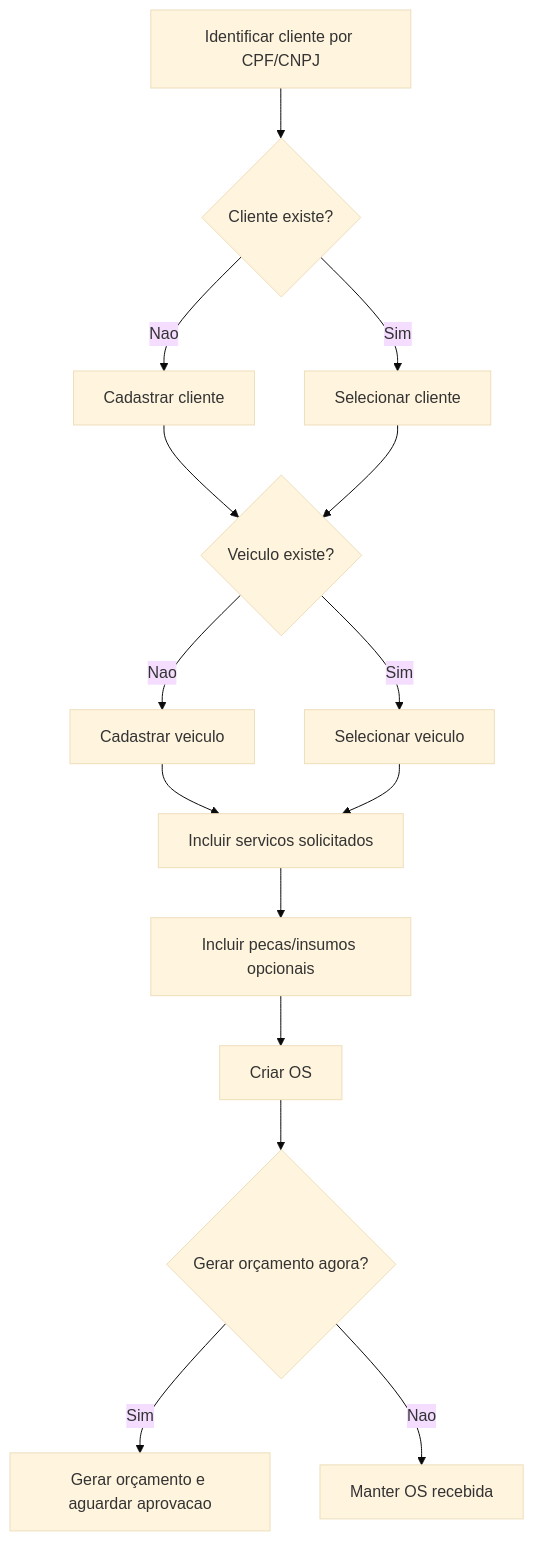
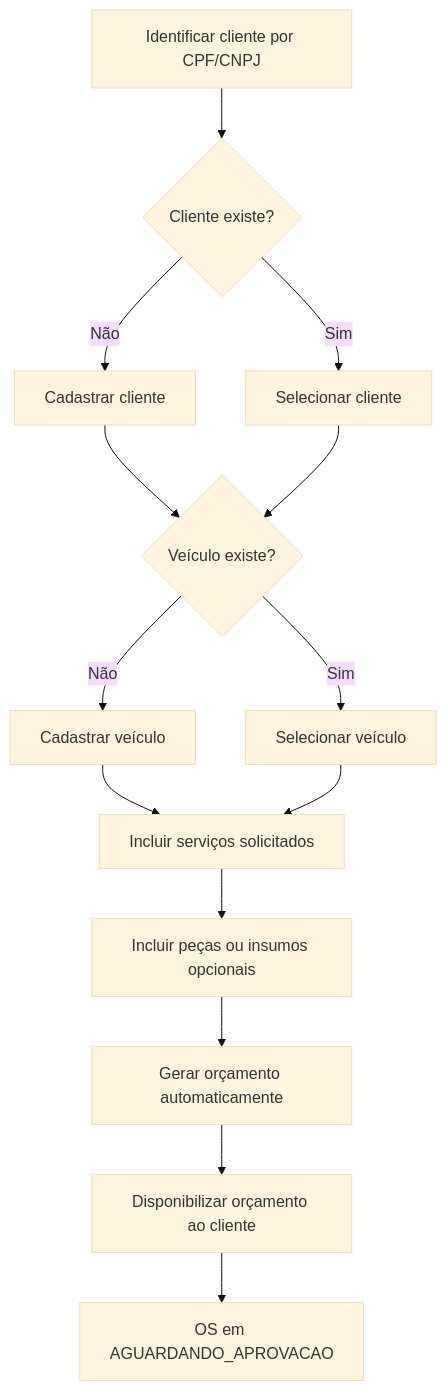
Before and after one commit to yxsbx/SOAT-FIAP: the first of 3 diagrams in docs/ddd/README.md, drawn with Mermaid (base theme). The commit also changed other lines of this file and 45 other files, not shown here.

````diff
--- a/docs/ddd/README.md
+++ b/docs/ddd/README.md
@@ -262,17 +172,16 @@
 ```mermaid
 flowchart TD
     A["Identificar cliente por CPF/CNPJ"] --> B{Cliente existe?}
-    B -- Nao --> C["Cadastrar cliente"]
-    B -- Sim --> D["Selecionar cliente"]
-    C --> E{Veiculo existe?}
+    B -- "Não" --> C["Cadastrar cliente"]
+    B -- "Sim" --> D["Selecionar cliente"]
+    C --> E{Veículo existe?}
     D --> E
-    E -- Nao --> F["Cadastrar veiculo"]
-    E -- Sim --> G["Selecionar veiculo"]
-    F --> H["Incluir servicos solicitados"]
+    E -- "Não" --> F["Cadastrar veículo"]
+    E -- "Sim" --> G["Selecionar veículo"]
+    F --> H["Incluir serviços solicitados"]
     G --> H
-    H --> I["Incluir pecas/insumos opcionais"]
-    I --> J["Criar OS"]
-    J --> K{Gerar orçamento agora?}
-    K -- Sim --> L["Gerar orçamento e aguardar aprovacao"]
-    K -- Nao --> M["Manter OS recebida"]
+    H --> I["Incluir peças ou insumos opcionais"]
+    I --> J["Gerar orçamento automaticamente"]
+    J --> K["Disponibilizar orçamento ao cliente"]
+    K --> L["OS em AGUARDANDO_APROVACAO"]
 ```
````
